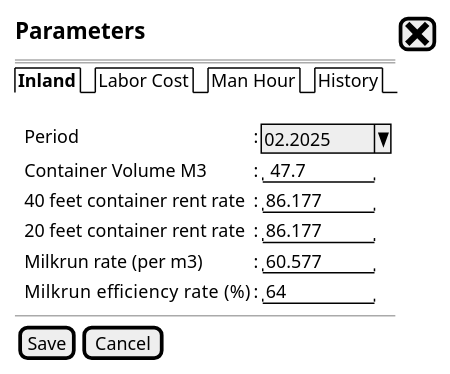
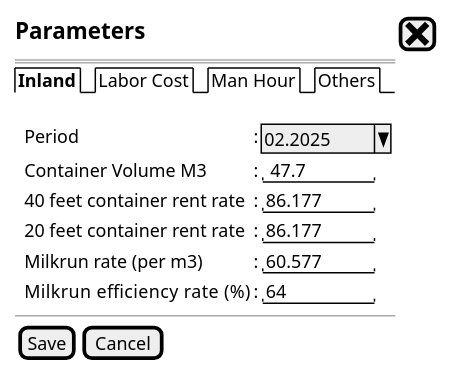
One commit to ari-fikri/packing-cost-mockup changed the diagram in params/param_inland.puml. Above: the diagram before and after it, drawn with PlantUML. The commit also changed 2 other files, not shown here.

Commit message:
Add param others to hold max submission date

```diff
--- a/params/param_inland.puml
+++ b/params/param_inland.puml
@@ -1,27 +1,27 @@
 @startsalt
 {
 <size:15><b>Parameters|[<size:25><&x>]|*
 ==
-{/ <b>Inland | Labor Cost | Man Hour | History}*
+{/ <b>Inland | Labor Cost | Man Hour | Others}*
   
   .
   {
     .|Period                          |:|^ 02.2025 ^|*
     .|Container Volume M3             |:|"   47.7  "|*
     .|40 feet container rent rate     |:|" 86.177  "|*
     .|20 feet container rent rate     |:|" 86.177  "|*
     .|Milkrun rate (per m3)           |:|" 60.577  "|*
     .|Milkrun efficiency rate   (%)   |:|"  64     "|*
   }
   --
   {
     [Save]|[Cancel]
   }
 
 
 
 
 
 
 }
 @endsalt
```
